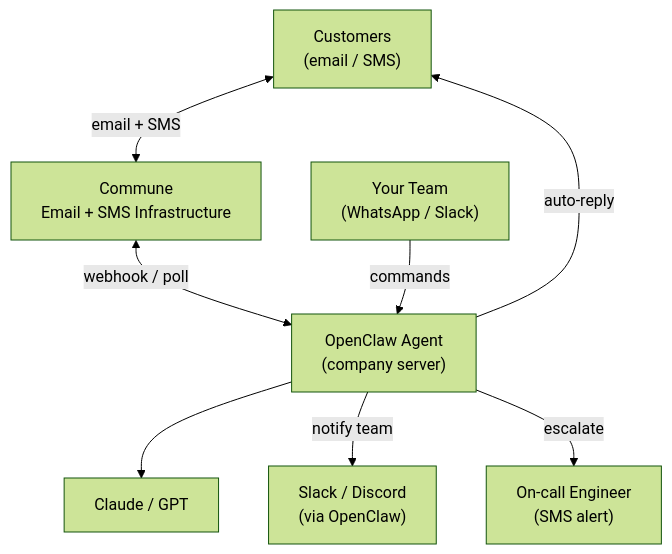
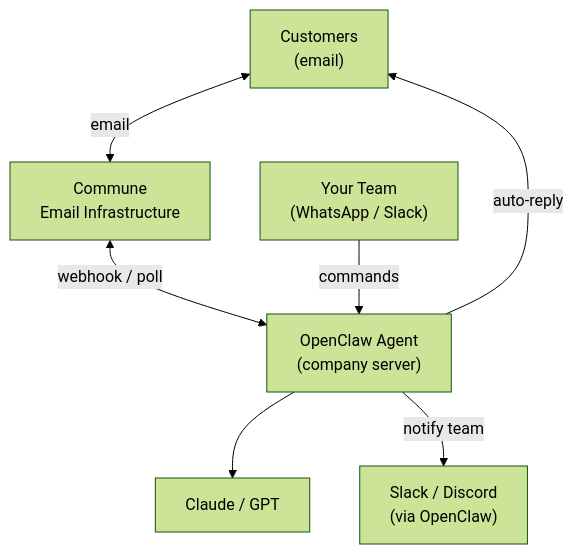
One commit to shanjai-raj/commune-openclaw-email-sms-quickstart changed the second of 2 diagrams in README.md. Above: the diagram before and after it, drawn with Mermaid (forest theme). The commit also changed other lines of this file and 9 other files, not shown here.

````diff
--- a/README.md
+++ b/README.md
@@ -41,10 +38,9 @@
 ```mermaid
 flowchart TD
-    Customers["Customers\n(email / SMS)"] <-->|"email + SMS"| Commune["Commune\nEmail + SMS Infrastructure"]
+    Customers["Customers\n(email)"] <-->|"email"| Commune["Commune\nEmail Infrastructure"]
     Commune <-->|"webhook / poll"| OC["OpenClaw Agent\n(company server)"]
     OC --> LLM["Claude / GPT"]
     OC -->|"auto-reply"| Customers
     OC -->|"notify team"| Slack["Slack / Discord\n(via OpenClaw)"]
-    OC -->|"escalate"| OnCall["On-call Engineer\n(SMS alert)"]
     Team["Your Team\n(WhatsApp / Slack)"] -->|"commands"| OC
 ```
````
